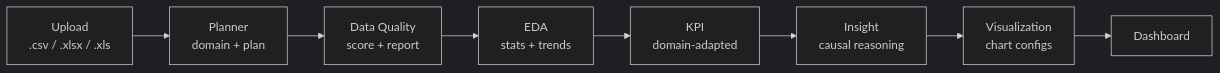
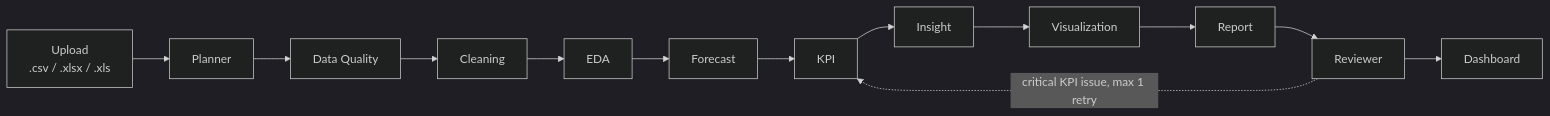
One commit to Elham6316/insightflow-ai changed the diagram in README.md. Above: the diagram before and after it, drawn with Mermaid (dark theme). The commit also changed other lines of this file, not shown here.

Commit message:
docs: condense agents table, add Cleaning/Forecast/Report/Reviewer, fix clone typo, correct PDF library to reportlab

````diff
--- a/README.md
+++ b/README.md
@@ -35,10 +35,15 @@
 ```mermaid
 flowchart LR
-    U[Upload<br/>.csv / .xlsx / .xls] --> P[Planner<br/>domain + plan]
-    P --> DQ[Data Quality<br/>score + report]
-    DQ --> E[EDA<br/>stats + trends]
-    E --> K[KPI<br/>domain-adapted]
-    K --> I[Insight<br/>causal reasoning]
-    I --> V[Visualization<br/>chart configs]
-    V --> D[Dashboard]
+    U[Upload<br/>.csv / .xlsx / .xls] --> P[Planner]
+    P --> DQ[Data Quality]
+    DQ --> C[Cleaning]
+    C --> E[EDA]
+    E --> F[Forecast]
+    F --> K[KPI]
+    K --> I[Insight]
+    I --> V[Visualization]
+    V --> R[Report]
+    R --> RV[Reviewer]
+    RV --> D[Dashboard]
+    RV -.critical KPI issue, max 1 retry.-> K
 ```
````
